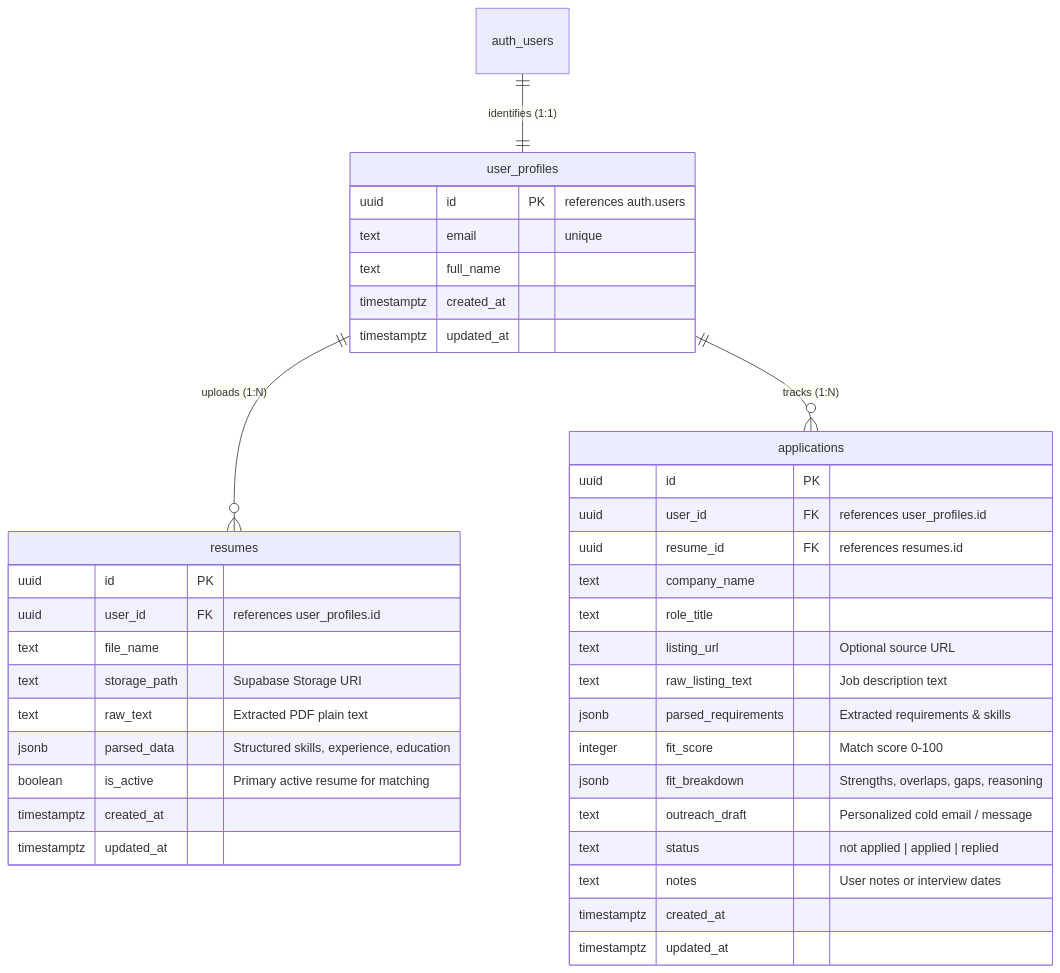
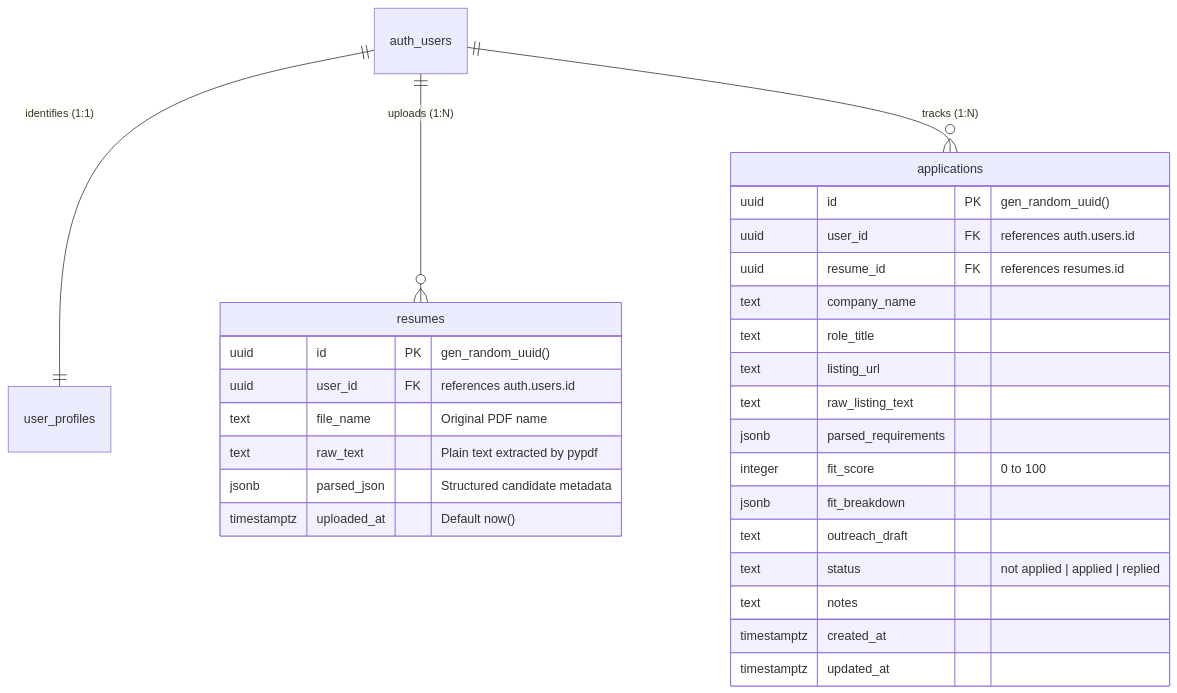
Before and after one commit to tirthm2538-beep/internagent: the diagram in PROJECT_STATE.md, drawn with Mermaid. The commit also changed other lines of this file and 8 other files, not shown here.

Commit message:
feat: complete step 2 - supabase auth, resume parsing engine (pypdf + gemini), and candidate dashboard

````diff
--- a/PROJECT_STATE.md
+++ b/PROJECT_STATE.md
@@ -65,44 +58,33 @@
 ```mermaid
 erDiagram
     auth_users ||--|| user_profiles : "identifies (1:1)"
-    user_profiles ||--o{ resumes : "uploads (1:N)"
-    user_profiles ||--o{ applications : "tracks (1:N)"
-
-    user_profiles {
-        uuid id PK "references auth.users"
-        text email "unique"
-        text full_name
-        timestamptz created_at
-        timestamptz updated_at
-    }
+    auth_users ||--o{ resumes : "uploads (1:N)"
+    auth_users ||--o{ applications : "tracks (1:N)"
 
     resumes {
-        uuid id PK
-        uuid user_id FK "references user_profiles.id"
-        text file_name
-        text storage_path "Supabase Storage URI"
-        text raw_text "Extracted PDF plain text"
-        jsonb parsed_data "Structured skills, experience, education"
-        boolean is_active "Primary active resume for matching"
-        timestamptz created_at
-        timestamptz updated_at
+        uuid id PK "gen_random_uuid()"
+        uuid user_id FK "references auth.users.id"
+        text file_name "Original PDF name"
+        text raw_text "Plain text extracted by pypdf"
+        jsonb parsed_json "Structured candidate metadata"
+        timestamptz uploaded_at "Default now()"
     }
 
     applications {
-        uuid id PK
-        uuid user_id FK "references user_profiles.id"
+        uuid id PK "gen_random_uuid()"
+        uuid user_id FK "references auth.users.id"
         uuid resume_id FK "references resumes.id"
         text company_name
         text role_title
-        text listing_url "Optional source URL"
-        text raw_listing_text "Job description text"
-        jsonb parsed_requirements "Extracted requirements & skills"
-        integer fit_score "Match score 0-100"
-        jsonb fit_breakdown "Strengths, overlaps, gaps, reasoning"
-        text outreach_draft "Personalized cold email / message"
+        text listing_url
+        text raw_listing_text
+        jsonb parsed_requirements
+        integer fit_score "0 to 100"
+        jsonb fit_breakdown
+        text outreach_draft
         text status "not applied | applied | replied"
-        text notes "User notes or interview dates"
+        text notes
         timestamptz created_at
         timestamptz updated_at
     }
 ```
````
